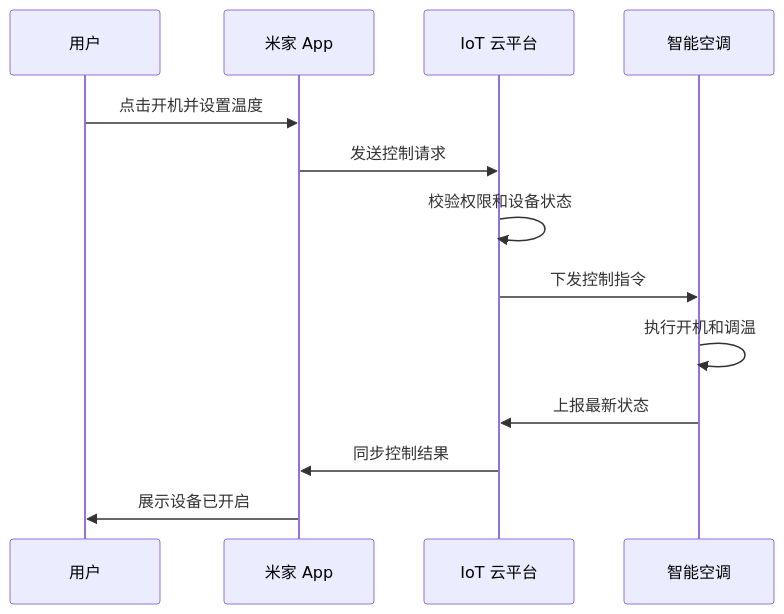
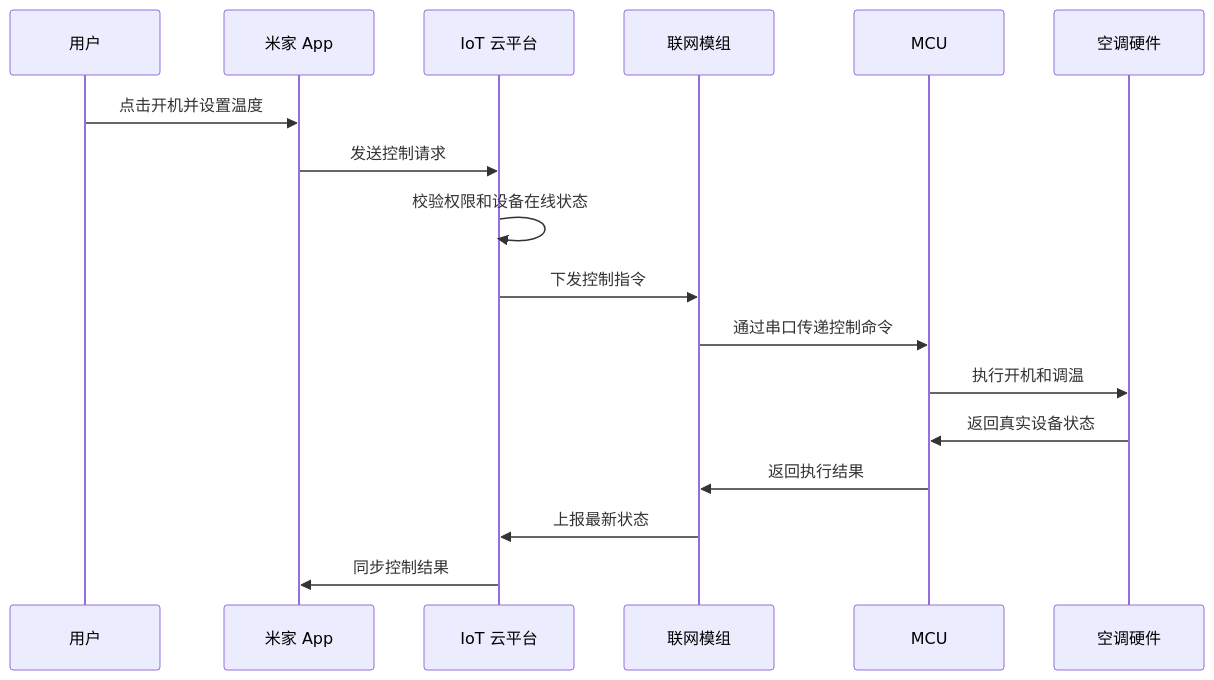
The first of 2 diagrams in docs/iot-overview.md (yjhiahiahia/my-docs-site), drawn with Mermaid before and after one commit. The commit also changed other lines of this file and 14 other files, not shown here.

````diff
--- a/docs/iot-overview.md
+++ b/docs/iot-overview.md
@@ -96,16 +38,20 @@
 ```mermaid
 sequenceDiagram
     participant User as 用户
     participant App as 米家 App
     participant Cloud as IoT 云平台
-    participant Device as 智能空调
+    participant Module as 联网模组
+    participant MCU as MCU
+    participant Device as 空调硬件
 
     User->>App: 点击开机并设置温度
     App->>Cloud: 发送控制请求
-    Cloud->>Cloud: 校验权限和设备状态
-    Cloud->>Device: 下发控制指令
-    Device->>Device: 执行开机和调温
-    Device->>Cloud: 上报最新状态
+    Cloud->>Cloud: 校验权限和设备在线状态
+    Cloud->>Module: 下发控制指令
+    Module->>MCU: 通过串口传递控制命令
+    MCU->>Device: 执行开机和调温
+    Device->>MCU: 返回真实设备状态
+    MCU->>Module: 返回执行结果
+    Module->>Cloud: 上报最新状态
     Cloud->>App: 同步控制结果
-    App->>User: 展示设备已开启
 ```
````
